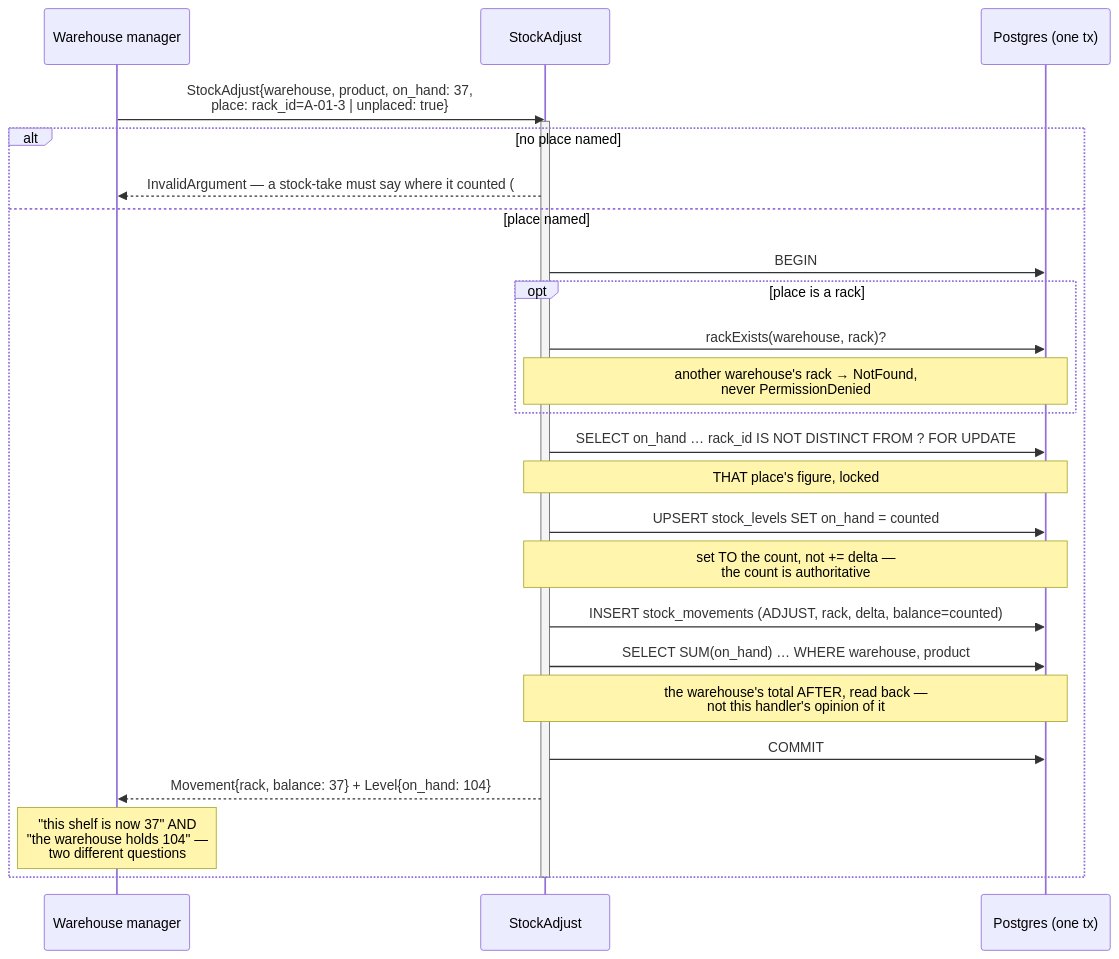
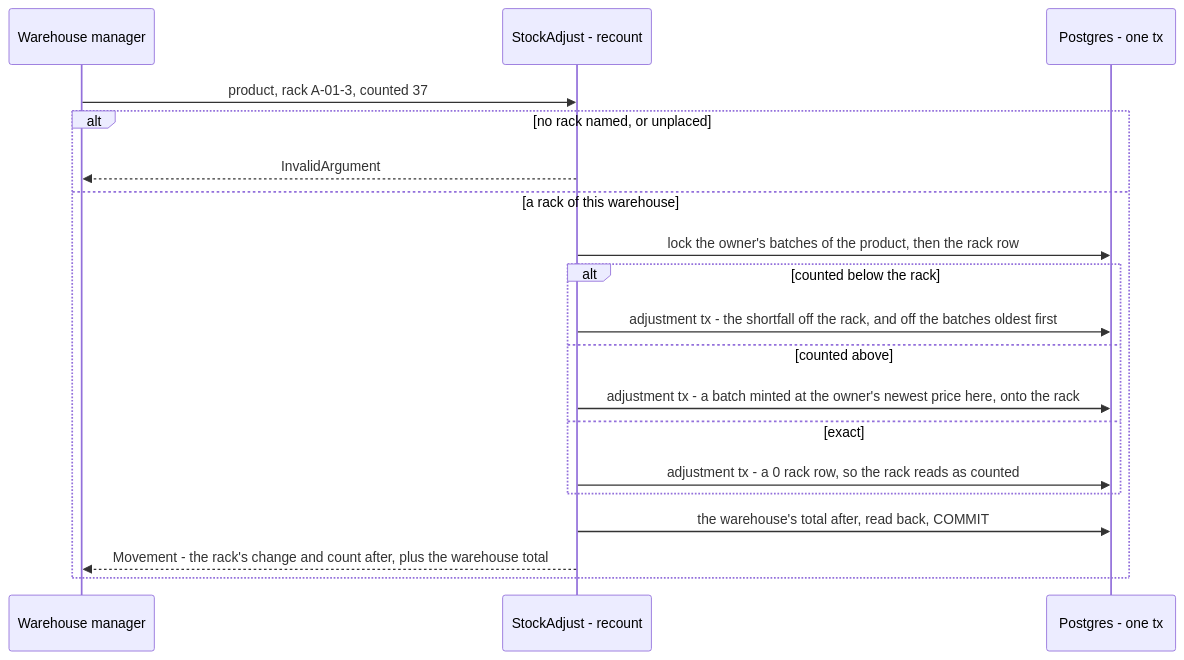
The ninth of 20 diagrams in docs/services/inventory_service/rpc.md (pdcgo/warehouse_revamp), drawn with Mermaid before and after one commit. The commit also changed other lines of this file and 313 other files, not shown here.

````diff
--- a/docs/services/inventory_service/rpc.md
+++ b/docs/services/inventory_service/rpc.md
@@ -308,29 +395,21 @@
 ```mermaid
 sequenceDiagram
     participant W as Warehouse manager
-    participant H as StockAdjust
-    participant DB as Postgres (one tx)
-
-    W->>H: StockAdjust{warehouse, product, on_hand: 37,<br/>place: rack_id=A-01-3 | unplaced: true}
-    activate H
-    alt no place named
-        H-->>W: InvalidArgument — a stock-take must say where it counted (#139)
-    else place named
-        H->>DB: BEGIN
-        opt place is a rack
-            H->>DB: rackExists(warehouse, rack)?
-            Note over H,DB: another warehouse's rack → NotFound,<br/>never PermissionDenied
+    participant H as StockAdjust - recount
+    participant DB as Postgres - one tx
+    W->>H: product, rack A-01-3, counted 37
+    alt no rack named, or unplaced
+        H-->>W: InvalidArgument
+    else a rack of this warehouse
+        H->>DB: lock the owner's batches of the product, then the rack row
+        alt counted below the rack
+            H->>DB: adjustment tx - the shortfall off the rack, and off the batches oldest first
+        else counted above
+            H->>DB: adjustment tx - a batch minted at the owner's newest price here, onto the rack
+        else exact
+            H->>DB: adjustment tx - a 0 rack row, so the rack reads as counted
         end
-        H->>DB: SELECT on_hand … rack_id IS NOT DISTINCT FROM ? FOR UPDATE
-        Note over H,DB: THAT place's figure, locked
-        H->>DB: UPSERT stock_levels SET on_hand = counted
-        Note over H,DB: set TO the count, not += delta —<br/>the count is authoritative
-        H->>DB: INSERT stock_movements (ADJUST, rack, delta, balance=counted)
-        H->>DB: SELECT SUM(on_hand) … WHERE warehouse, product
-        Note over H,DB: the warehouse's total AFTER, read back —<br/>not this handler's opinion of it
-        H->>DB: COMMIT
-        H-->>W: Movement{rack, balance: 37} + Level{on_hand: 104}
-        Note over W: "this shelf is now 37" AND<br/>"the warehouse holds 104" —<br/>two different questions
+        H->>DB: the warehouse's total after, read back, COMMIT
+        H-->>W: Movement - the rack's change and count after, plus the warehouse total
     end
-    deactivate H
 ```
````
